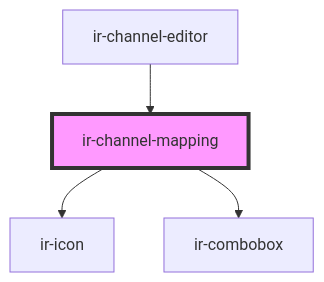
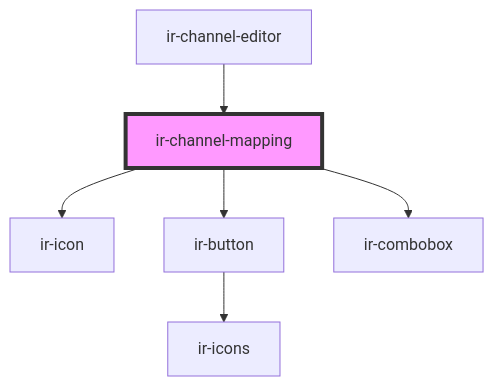
The diagram in src/components/ir-channel/ir-channel-mapping/readme.md (David1Chowaifaty/modified-ir-webcmp), drawn with Mermaid before and after one commit. The commit also changed other lines of this file and 24 other files, not shown here.

````diff
--- a/src/components/ir-channel/ir-channel-mapping/readme.md
+++ b/src/components/ir-channel/ir-channel-mapping/readme.md
@@ -20,7 +21,9 @@
 ```mermaid
 graph TD;
   ir-channel-mapping --> ir-icon
+  ir-channel-mapping --> ir-button
   ir-channel-mapping --> ir-combobox
+  ir-button --> ir-icons
   ir-channel-editor --> ir-channel-mapping
   style ir-channel-mapping fill:#f9f,stroke:#333,stroke-width:4px
 ```
````
